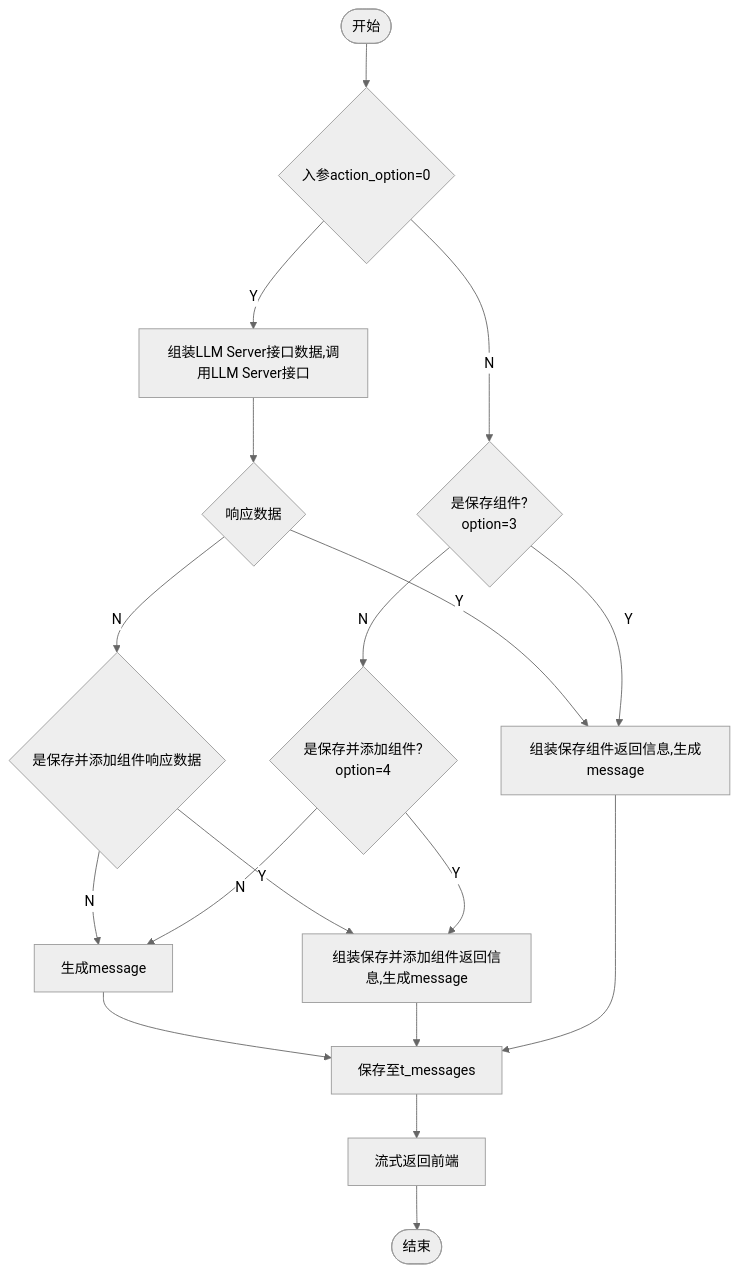
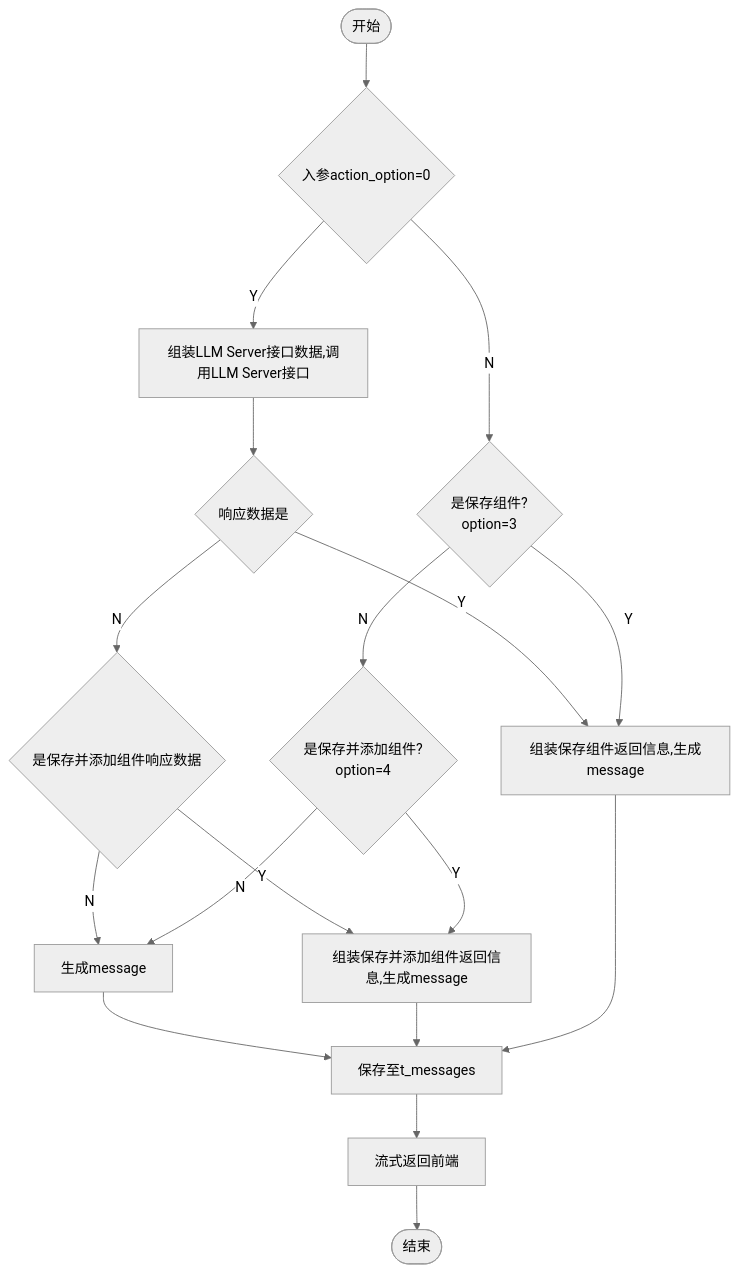
The diagram in all/添加保存组件.md (yingjianzh/iodraw-files), drawn with Mermaid (neutral theme) before and after one commit.

Commit message:
2024-10-15 15:24:47 update

````diff
--- a/all/添加保存组件.md
+++ b/all/添加保存组件.md
@@ -1,21 +1,21 @@
 ```mermaid
 flowchart TD
     A([开始]) --> B{入参action_option=0}
     B -- Y --> C[组装LLM Server接口数据,调用LLM Server接口]
-    C --> E{响应数据}
+    C --> E{响应数据是}
     B -- N --> D{是保存组件? \n option=3}
     E -- N --> L{是保存并添加组件响应数据}
     E -- Y --> F[组装保存组件返回信息,生成message]
     
     L -- N --> R[生成message]
     R --> G
     L -- Y --> K
     D -- Y --> F
     D -- N --> J{是保存并添加组件? \n option=4}
     J -- Y --> K[组装保存并添加组件返回信息,生成message]
     K --> G
     J -- N --> R
     F --> G[保存至t_messages]
     G --> H[流式返回前端]
     H --> I([结束])
 ```
````
